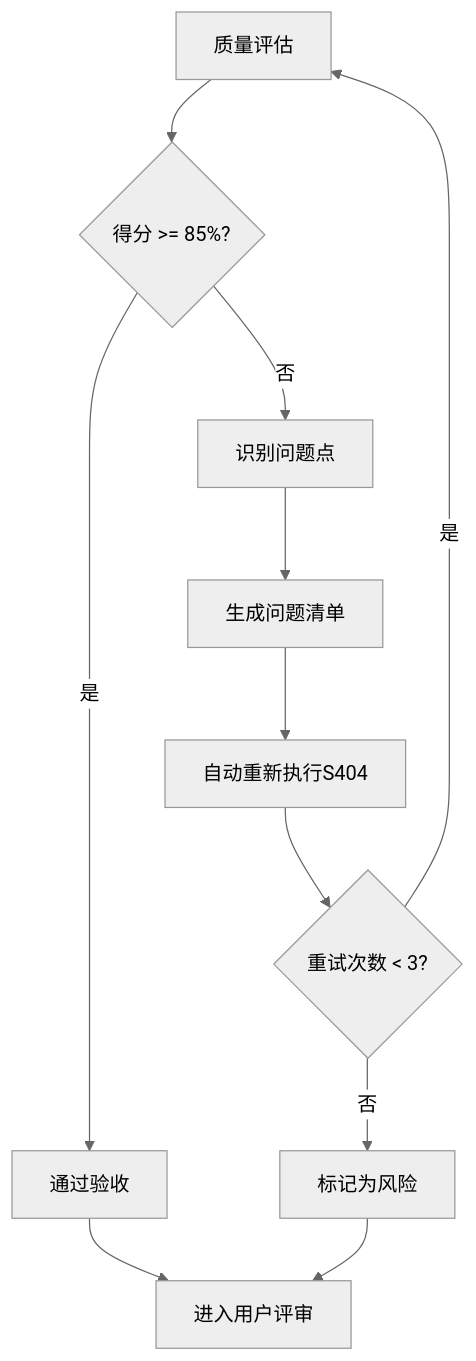
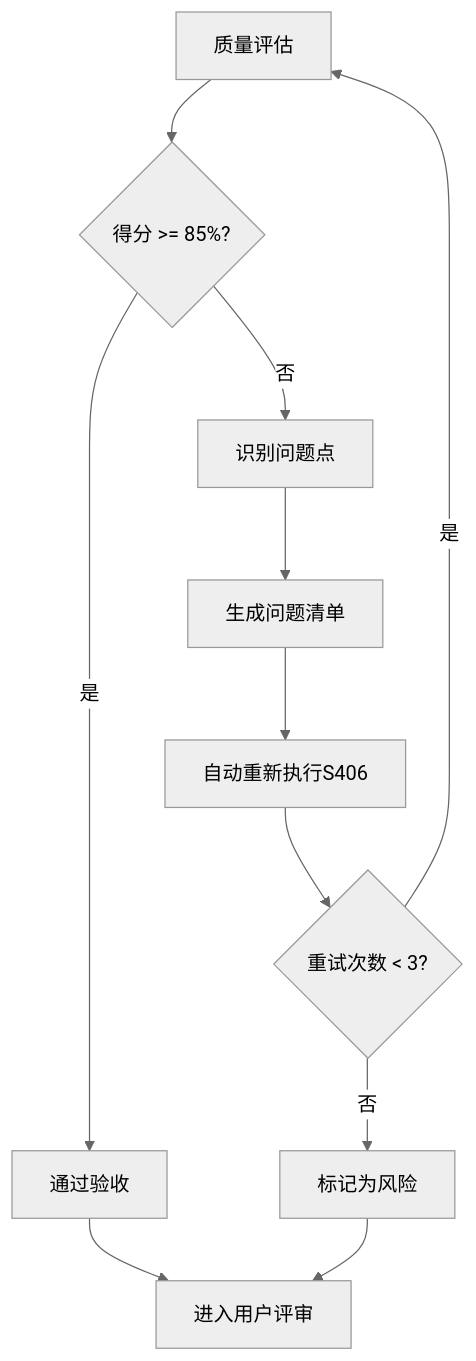
The second of 2 diagrams in skills/s4-prototype/SKILL.md (HeartFlying/swf), drawn with Mermaid (neutral theme) before and after one commit. The commit also changed other lines of this file and 256 other files, not shown here.

````diff
--- a/skills/s4-prototype/SKILL.md
+++ b/skills/s4-prototype/SKILL.md
@@ -235,13 +235,13 @@
 ```mermaid
 flowchart TD
     Evaluate[质量评估] --> Score{得分 >= 85%?}
     Score -->|是| Pass[通过验收]
     Score -->|否| Identify[识别问题点]
     Identify --> List[生成问题清单]
-    List --> ReExecute[自动重新执行S404]
+    List --> ReExecute[自动重新执行S406]
     ReExecute --> Retry{重试次数 < 3?}
     Retry -->|是| Evaluate
     Retry -->|否| Risk[标记为风险]
     Pass --> UserReview[进入用户评审]
     Risk --> UserReview
 ```
````
